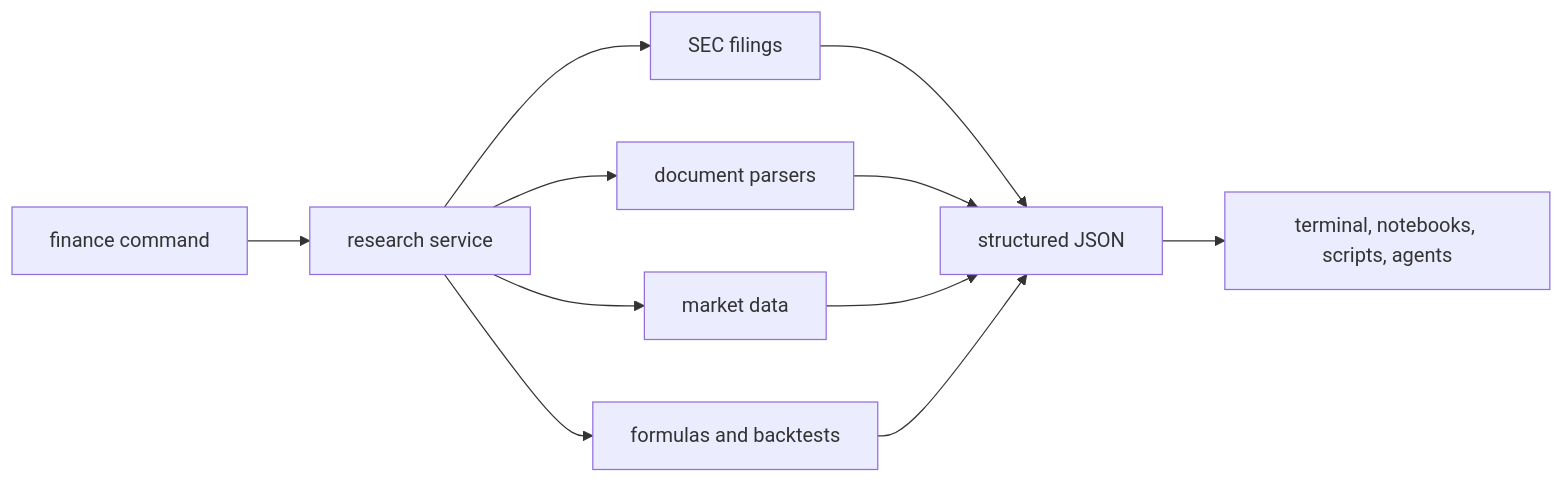
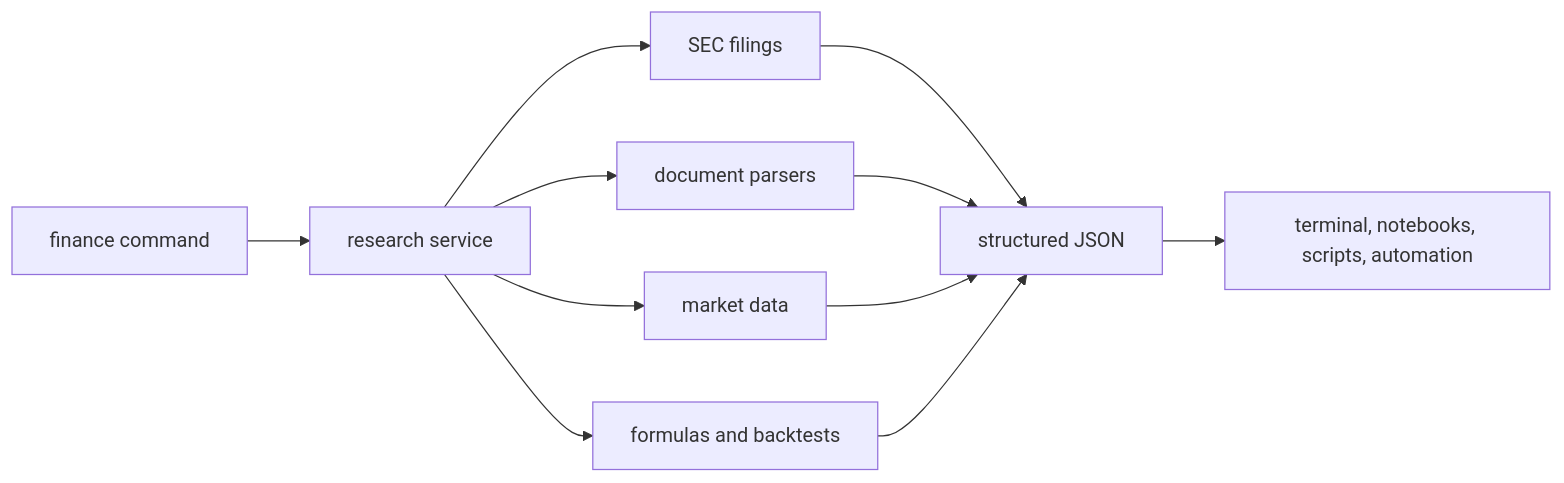
Before and after one commit to TempestShaw/FinanceCLI: the diagram in README.md, drawn with Mermaid. The commit also changed other lines of this file and 15 other files, not shown here.

````diff
--- a/README.md
+++ b/README.md
@@ -88,13 +88,13 @@
 ```mermaid
 flowchart LR
     A["finance command"] --> B["research service"]
     B --> C["SEC filings"]
     B --> D["document parsers"]
     B --> E["market data"]
     B --> F["formulas and backtests"]
     C --> G["structured JSON"]
     D --> G
     E --> G
     F --> G
-    G --> H["terminal, notebooks, scripts, agents"]
+    G --> H["terminal, notebooks, scripts, automation"]
 ```
````
